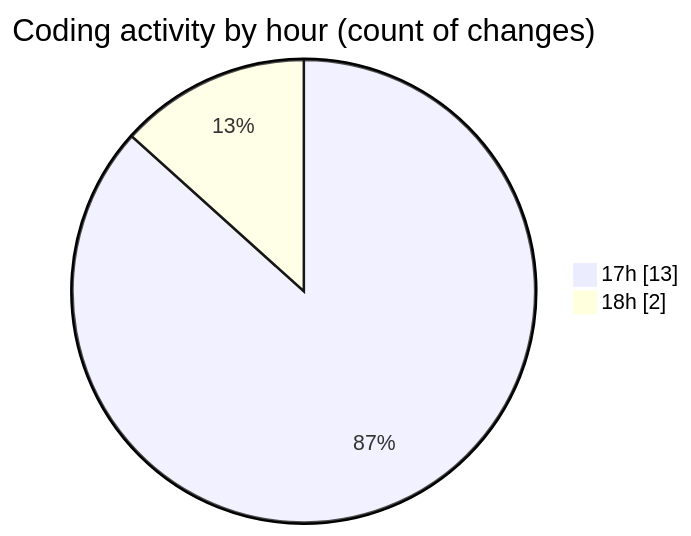
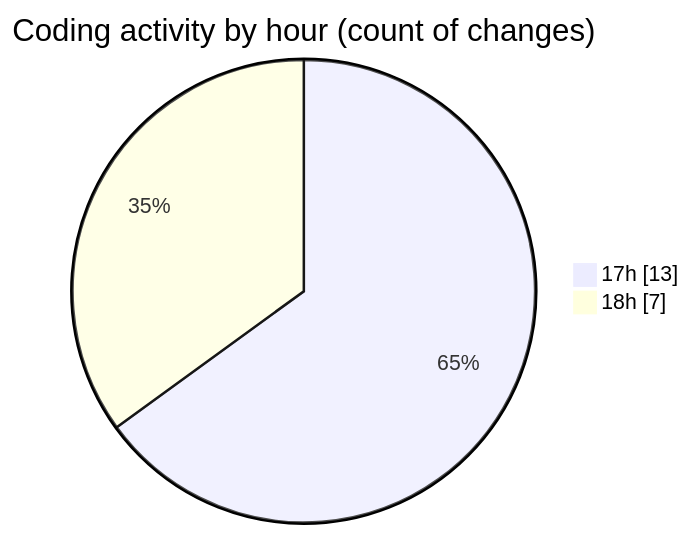
One commit to donsfak/code-tracking changed the second of 2 diagrams in 2025-02-01/maps_clone/README.md. Above: the diagram before and after it, drawn with Mermaid. The commit also changed other lines of this file and 1 other file, not shown here.

````diff
--- a/2025-02-01/maps_clone/README.md
+++ b/2025-02-01/maps_clone/README.md
@@ -35,6 +35,6 @@
 ```mermaid
 pie showData
 title Coding activity by hour (count of changes)
 "17h" : 13
-"18h" : 2
+"18h" : 7
 ```
````
